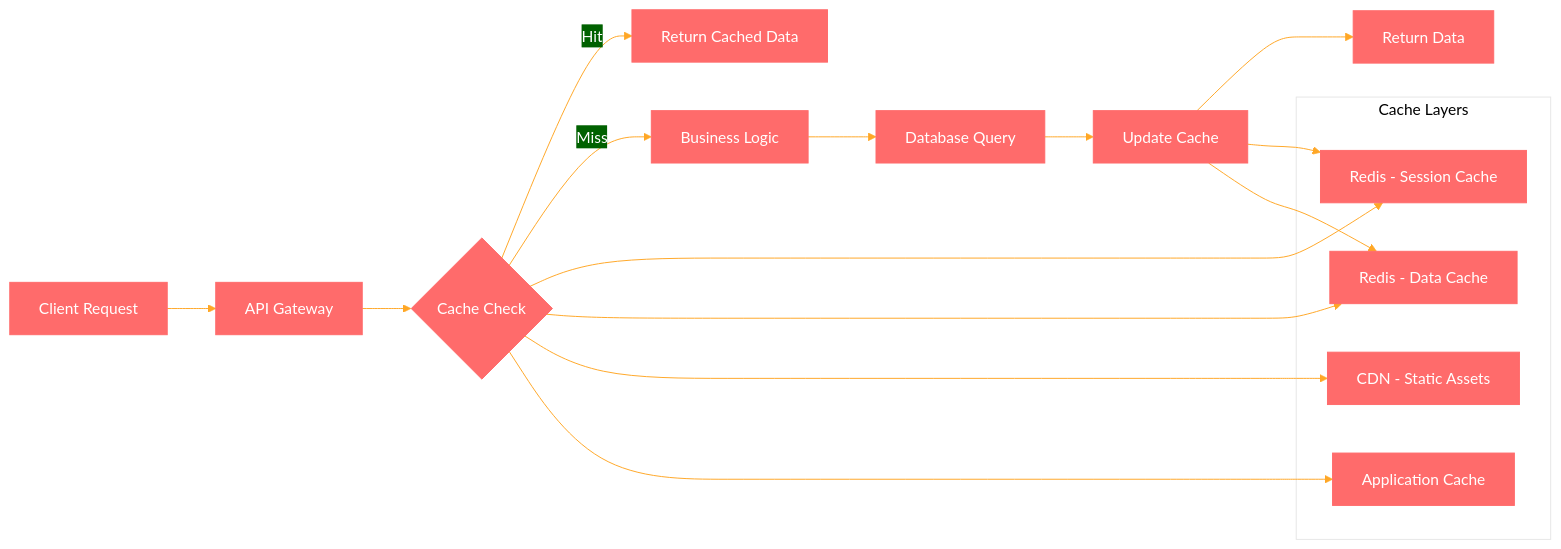
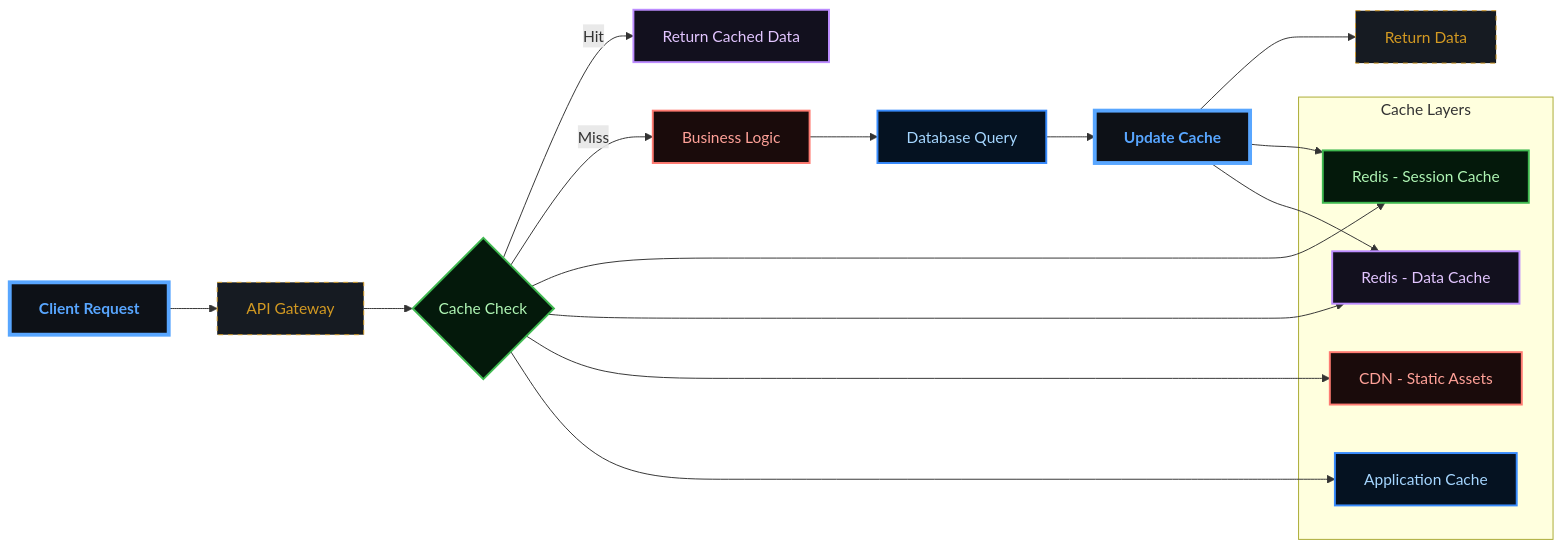
Diagram 13 of 15 in docs/ARCHITECTURE.md (abdoElHodaky/transportapp), drawn with Mermaid before and after one commit. The commit also changed other lines of this file and 9 other files, not shown here.

````diff
--- a/docs/ARCHITECTURE.md
+++ b/docs/ARCHITECTURE.md
@@ -929,28 +1322,61 @@
 ```mermaid
-%%{init: {'theme':'base', 'themeVariables': {'primaryColor':'#ff6b6b','primaryTextColor':'#fff','primaryBorderColor':'#ff6b6b','lineColor':'#ffa726','sectionBkgColor':'#ff6b6b','altSectionBkgColor':'#fff','gridColor':'#fff','secondaryColor':'#006100','tertiaryColor':'#fff'}}}%%
 graph LR
     A[Client Request] --> B[API Gateway]
     B --> C{Cache Check}
     
     C -->|Hit| D[Return Cached Data]
     C -->|Miss| E[Business Logic]
     
     E --> F[Database Query]
     F --> G[Update Cache]
     G --> H[Return Data]
     
     subgraph "Cache Layers"
         I[Redis - Session Cache]
         J[Redis - Data Cache]
         K[CDN - Static Assets]
         L[Application Cache]
     end
     
     C --> I
     C --> J
     C --> K
     C --> L
     
     G --> I
     G --> J
+
+    %% --- DARK GRADIENT & GLOW STYLING ---
+    
+    %% Main Dashboard (Neon Cyan/Blue)
+    classDef main fill:#0d1117,stroke:#58a6ff,stroke-width:4px,color:#58a6ff,font-weight:bold;
+    
+    %% Decision Diamond (Gold Glow)
+    classDef decision fill:#161b22,stroke:#d29922,color:#d29922,stroke-dasharray: 5 5;
+    
+    %% Revenue (Emerald Gradient Style)
+    classDef revNode fill:#04190b,stroke:#3fb950,color:#aff5b4,stroke-width:2px;
+    
+    %% Commission (Purple Gradient Style)
+    classDef commNode fill:#12101e,stroke:#bc8cff,color:#e2c5ff,stroke-width:2px;
+    
+    %% Refund (Ruby Gradient Style)
+    classDef refNode fill:#1a0b0b,stroke:#ff7b72,color:#ffa198,stroke-width:2px;
+    
+    %% Earnings (Sapphire Gradient Style)
+    classDef earnNode fill:#051221,stroke:#388bfd,color:#a5d6ff,stroke-width:2px;
+
+    class A main;
+    class B decision;
+    class C revNode;
+    class D commNode;
+    class E refNode;
+    class F earnNode;
+    class G main;
+    class H decision;
+    class I revNode;
+    class J commNode;
+    class K refNode;
+    class L earnNode;
+    class M main;
 ```
````
